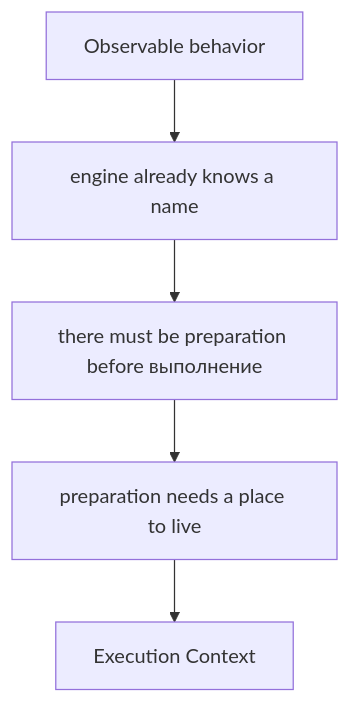
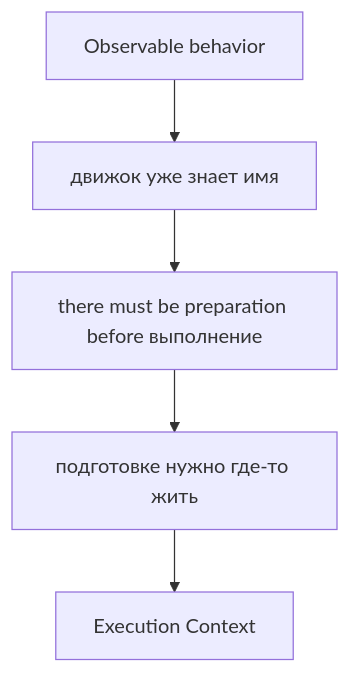
Before and after one commit to Bimba333/qa-js-ts-cookbook: the seventh of 16 diagrams in docs/01-javascript/03-execution-context.md, drawn with Mermaid. The commit also changed other lines of this file and 101 other files, not shown here.

````diff
--- a/docs/01-javascript/03-execution-context.md
+++ b/docs/01-javascript/03-execution-context.md
@@ -287,12 +287,12 @@
 ```mermaid
 flowchart TD
     N1["Observable behavior"]
-    N2["engine already knows a name"]
+    N2["движок уже знает имя"]
     N3["there must be preparation before выполнение"]
-    N4["preparation needs a place to live"]
+    N4["подготовке нужно где-то жить"]
     N5["Execution Context"]
     N1 --> N2
     N2 --> N3
     N3 --> N4
     N4 --> N5
 ```
````
